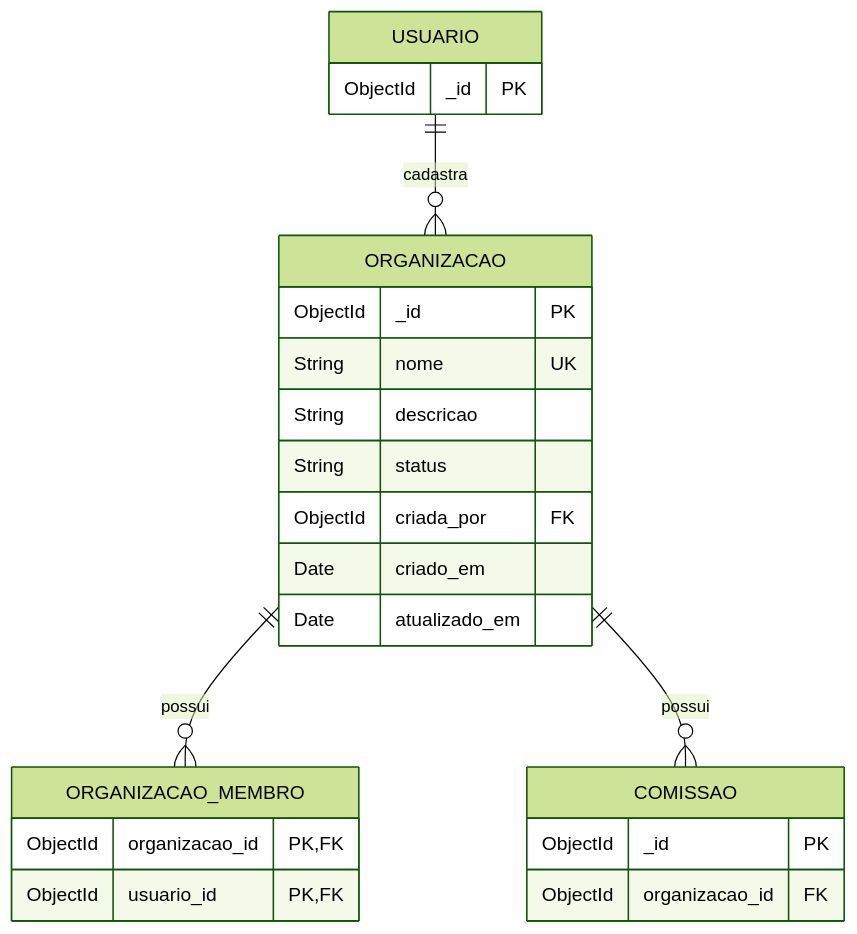
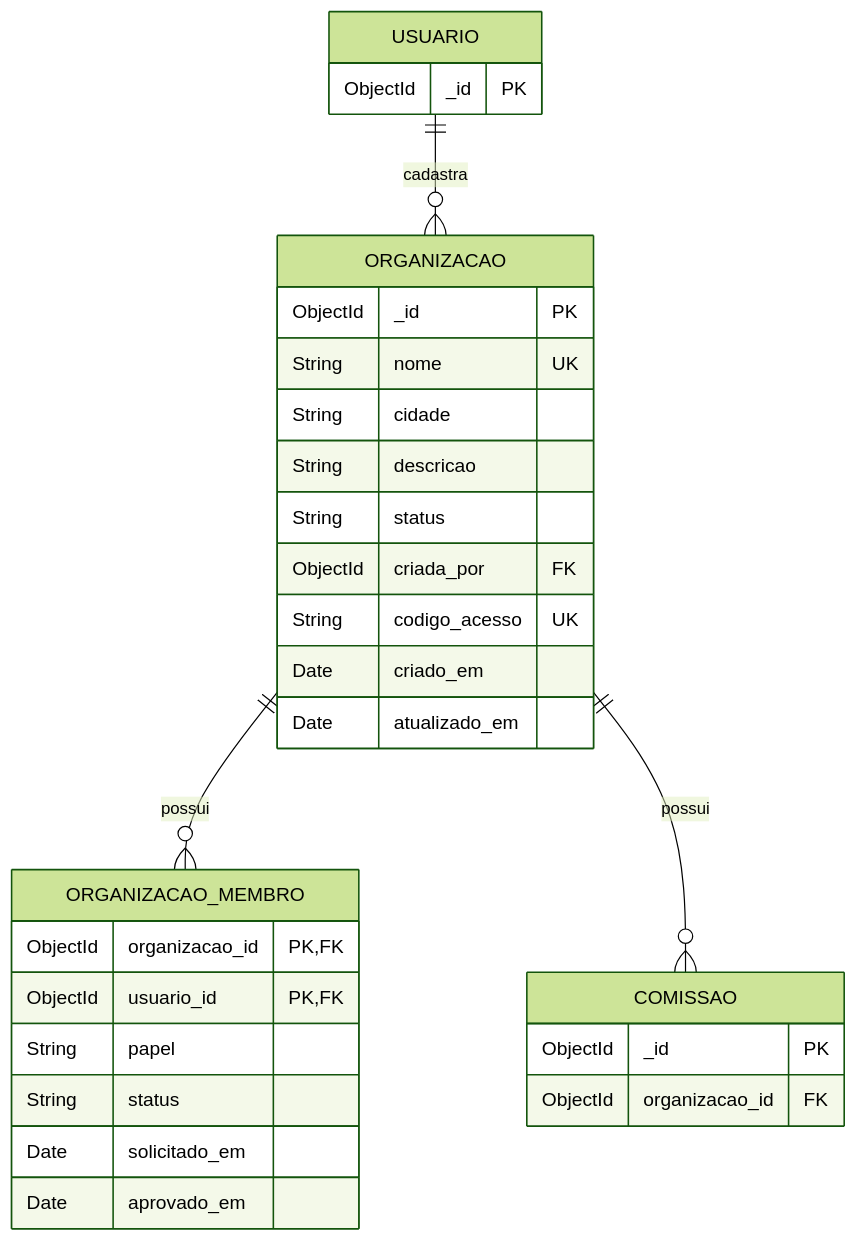
Before and after one commit to Conecta-IFSP/DOCUMENTATION: the diagram in 2 - Incremento1/cadastro-organizacao/4 - diagrama-relacional-cadastro-organizacao.md, drawn with Mermaid (forest theme). The commit also changed other lines of this file and 43 other files, not shown here.

````diff
--- a/2 - Incremento1/cadastro-organizacao/4 - diagrama-relacional-cadastro-organizacao.md
+++ b/2 - Incremento1/cadastro-organizacao/4 - diagrama-relacional-cadastro-organizacao.md
@@ -3,30 +3,36 @@
 ```mermaid
 erDiagram
     USUARIO ||--o{ ORGANIZACAO : cadastra
     ORGANIZACAO ||--o{ ORGANIZACAO_MEMBRO : possui
     ORGANIZACAO ||--o{ COMISSAO : possui
 
     ORGANIZACAO {
         ObjectId _id PK
         String nome UK
+        String cidade
         String descricao
         String status
         ObjectId criada_por FK
+        String codigo_acesso UK
         Date criado_em
         Date atualizado_em
     }
 
     USUARIO {
         ObjectId _id PK
     }
 
     ORGANIZACAO_MEMBRO {
         ObjectId organizacao_id PK,FK
         ObjectId usuario_id PK,FK
+        String papel
+        String status
+        Date solicitado_em
+        Date aprovado_em
     }
 
     COMISSAO {
         ObjectId _id PK
         ObjectId organizacao_id FK
     }
 ```
````
